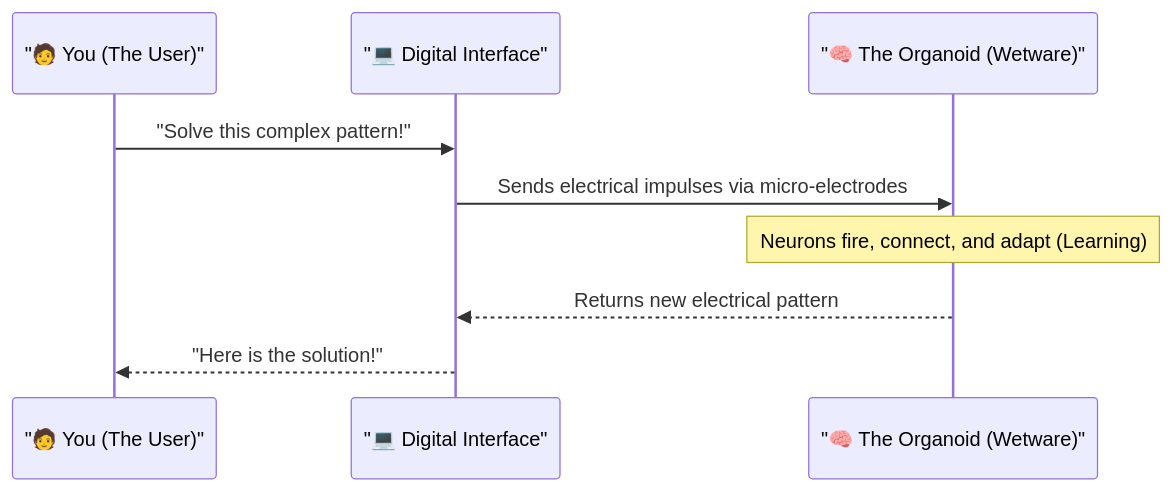
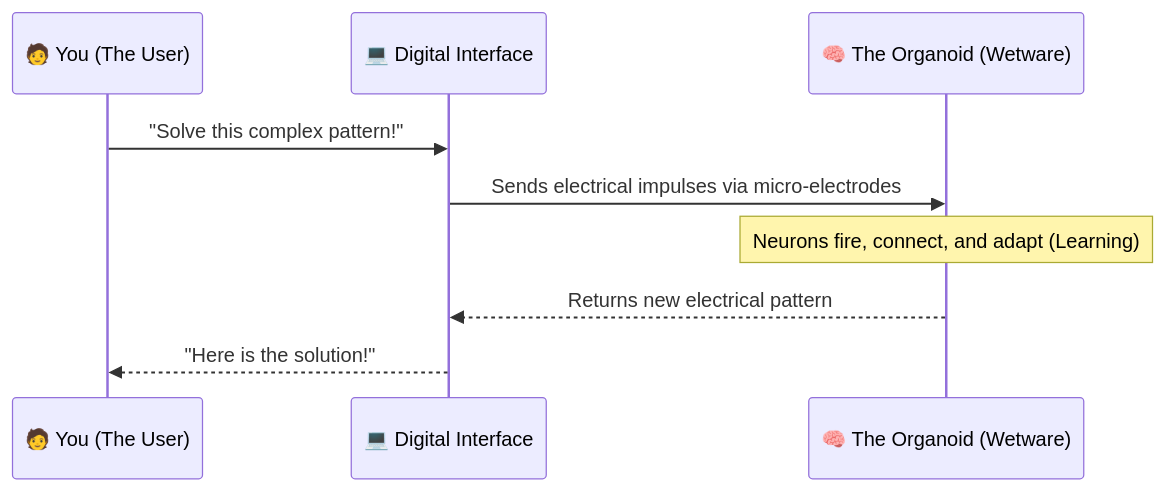
The second of 2 diagrams in line35_biological_computing.md (vdonthireddy/ai-knowledge-base), drawn with Mermaid before and after one commit. The commit also changed other lines of this file, not shown here.

Commit message:
fix: remove subgraph link in line35 to fix mermaid parsing

````diff
--- a/line35_biological_computing.md
+++ b/line35_biological_computing.md
@@ -81,12 +79,12 @@
 ```mermaid
 sequenceDiagram
-    participant User as "🧑 You (The User)"
-    participant PC as "💻 Digital Interface"
-    participant Bio as "🧠 The Organoid (Wetware)"
+    participant User as 🧑 You (The User)
+    participant PC as 💻 Digital Interface
+    participant Bio as 🧠 The Organoid (Wetware)
     
     User->>PC: "Solve this complex pattern!"
     PC->>Bio: Sends electrical impulses via micro-electrodes
     Note over Bio: Neurons fire, connect, and adapt (Learning)
     Bio-->>PC: Returns new electrical pattern
     PC-->>User: "Here is the solution!"
 ```
````
